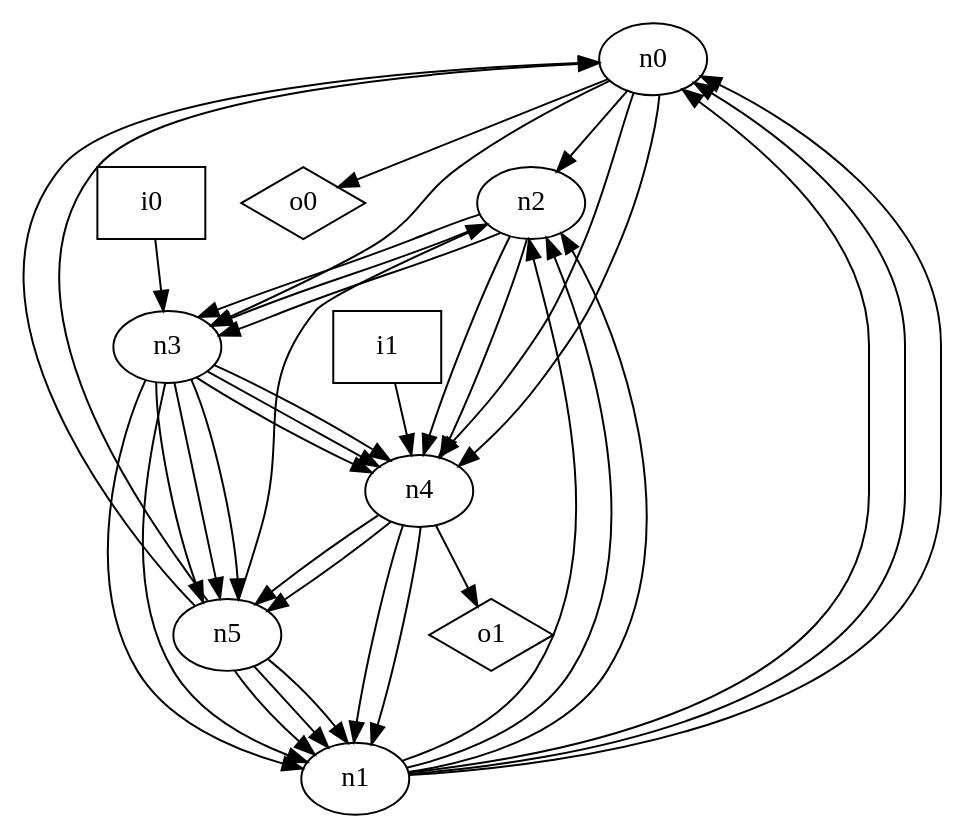
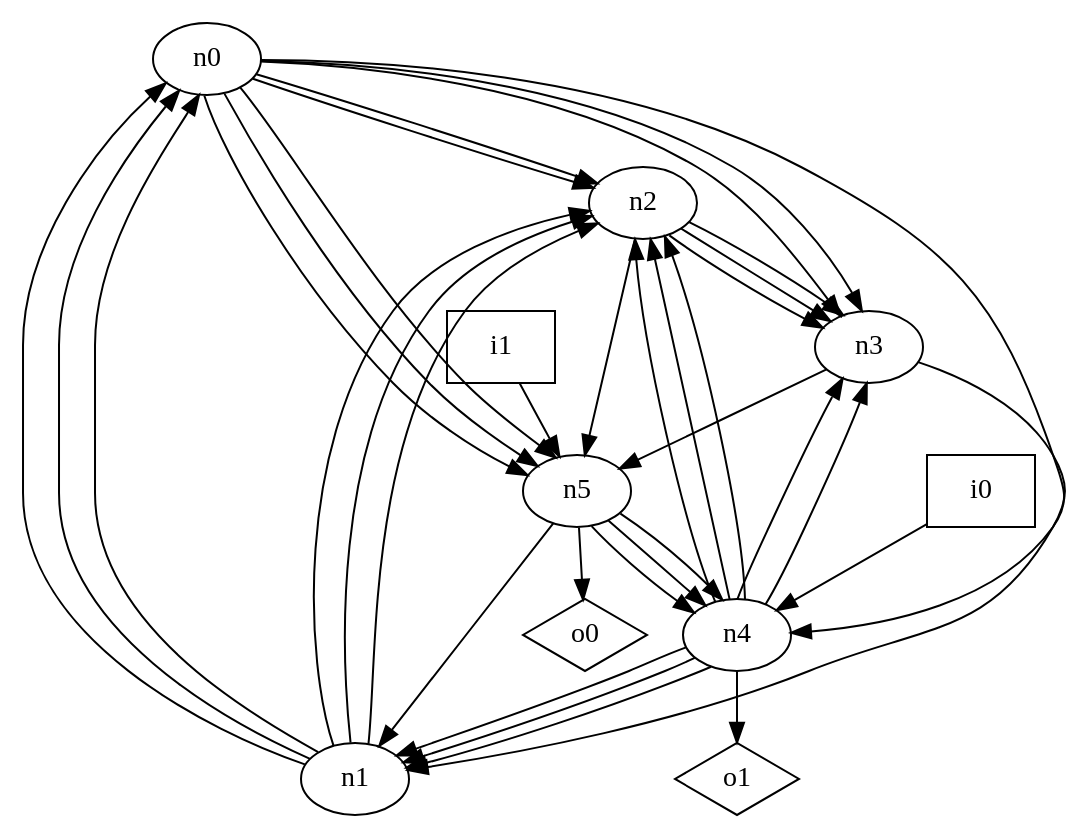
One commit to p9romain/bool-circuits changed the diagram in dot_files/random/random_oriented_loop_free_graph.dot. Above: the diagram before and after it, drawn with Graphviz. The commit also changed 28 other files, not shown here.

```diff
--- a/dot_files/random/random_oriented_loop_free_graph.dot
+++ b/dot_files/random/random_oriented_loop_free_graph.dot
@@ -1,49 +1,48 @@
 digraph G {
 n0 [label="n0"];
 n1 [label="n1"];
 n2 [label="n2"];
 n3 [label="n3"];
 n4 [label="n4"];
 n5 [label="n5"];
 n6 [label="i0",shape="box"];
 n7 [label="i1",shape="box"];
 n8 [label="o0",shape="diamond"];
 n9 [label="o1",shape="diamond"];
 n0 -> n2
+n0 -> n2
+n0 -> n3
 n0 -> n3
 n0 -> n4
-n0 -> n4
-n0 -> n8
+n0 -> n5
+n0 -> n5
+n0 -> n5
 n1 -> n0
 n1 -> n0
 n1 -> n0
 n1 -> n2
 n1 -> n2
 n1 -> n2
 n2 -> n3
 n2 -> n3
 n2 -> n3
-n2 -> n4
-n2 -> n4
+n2 -> n5
 n3 -> n1
-n3 -> n1
-n3 -> n4
-n3 -> n4
-n3 -> n4
-n3 -> n5
-n3 -> n5
 n3 -> n5
 n4 -> n1
 n4 -> n1
-n4 -> n5
-n4 -> n5
+n4 -> n1
+n4 -> n2
+n4 -> n2
+n4 -> n2
+n4 -> n3
+n4 -> n3
 n4 -> n9
-n5 -> n0
-n5 -> n0
 n5 -> n1
-n5 -> n1
-n5 -> n1
-n5 -> n2
-n6 -> n3
-n7 -> n4
+n5 -> n4
+n5 -> n4
+n5 -> n4
+n5 -> n8
+n6 -> n4
+n7 -> n5
 }
```
